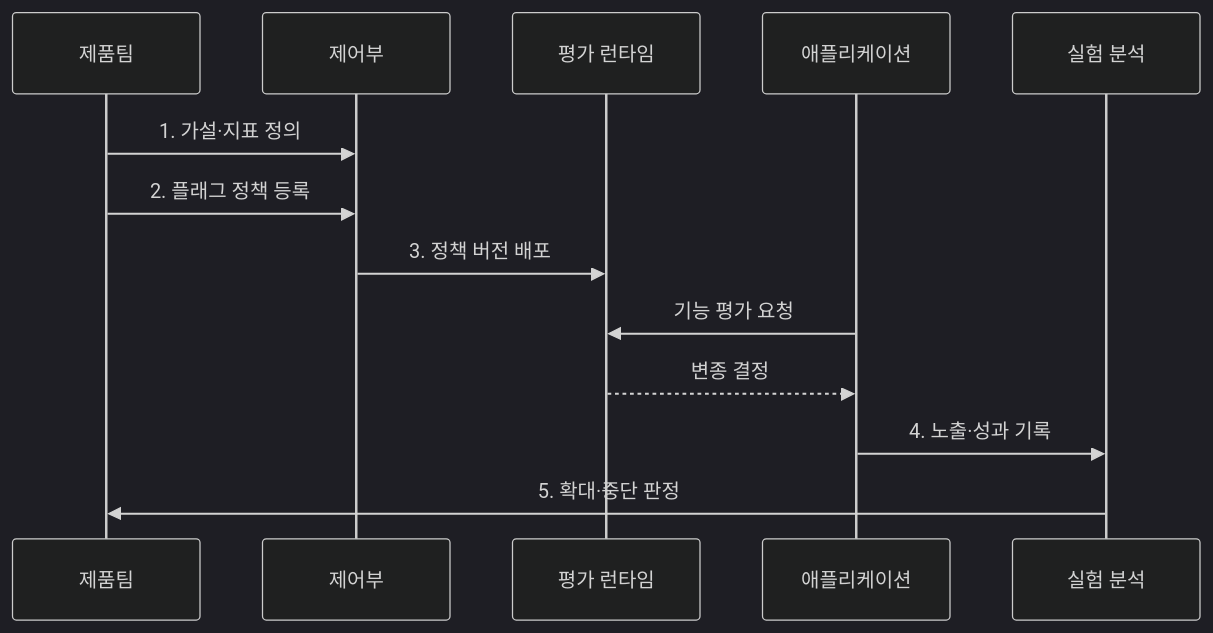
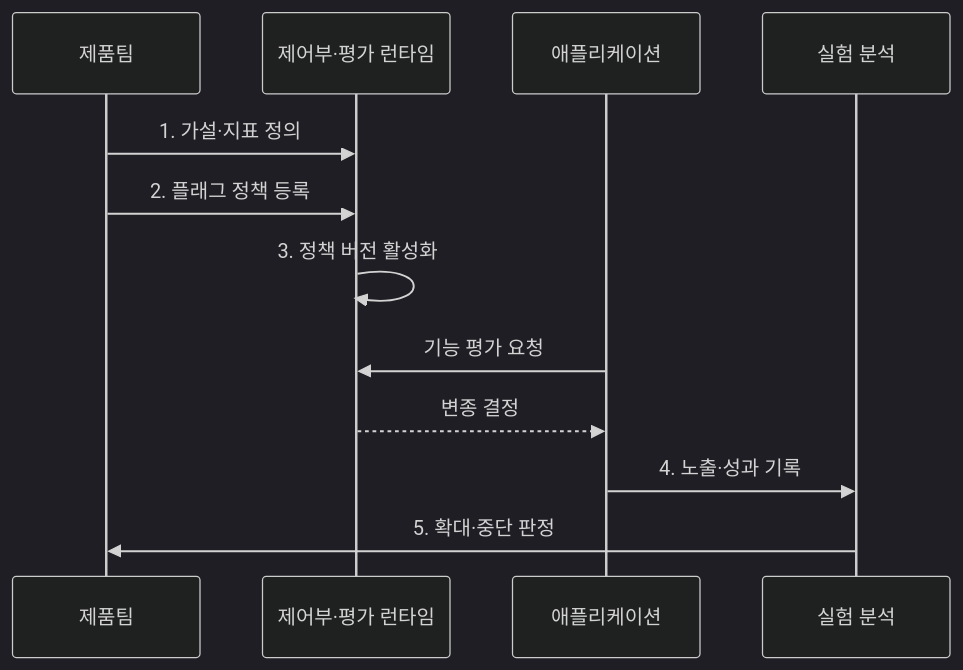
The second of 2 diagrams in src/content/docs/notes/03-software/220_feature_toggle_experimentation.md (agnusdei1207/knowledge-base), drawn with Mermaid (dark theme) before and after one commit. The commit also changed other lines of this file and 3 other files, not shown here.

Commit message:
Condense platform improvement diagrams

````diff
--- a/src/content/docs/notes/03-software/220_feature_toggle_experimentation.md
+++ b/src/content/docs/notes/03-software/220_feature_toggle_experimentation.md
@@ -95,15 +95,14 @@
 ```mermaid
 sequenceDiagram
     participant P as 제품팀
-    participant C as 제어부
-    participant R as 평가 런타임
+    participant R as 제어부·평가 런타임
     participant A as 애플리케이션
     participant X as 실험 분석
-    P->>C: 1. 가설·지표 정의
-    P->>C: 2. 플래그 정책 등록
-    C->>R: 3. 정책 버전 배포
+    P->>R: 1. 가설·지표 정의
+    P->>R: 2. 플래그 정책 등록
+    R->>R: 3. 정책 버전 활성화
     A->>R: 기능 평가 요청
     R-->>A: 변종 결정
     A->>X: 4. 노출·성과 기록
     X->>P: 5. 확대·중단 판정
 ```
````
